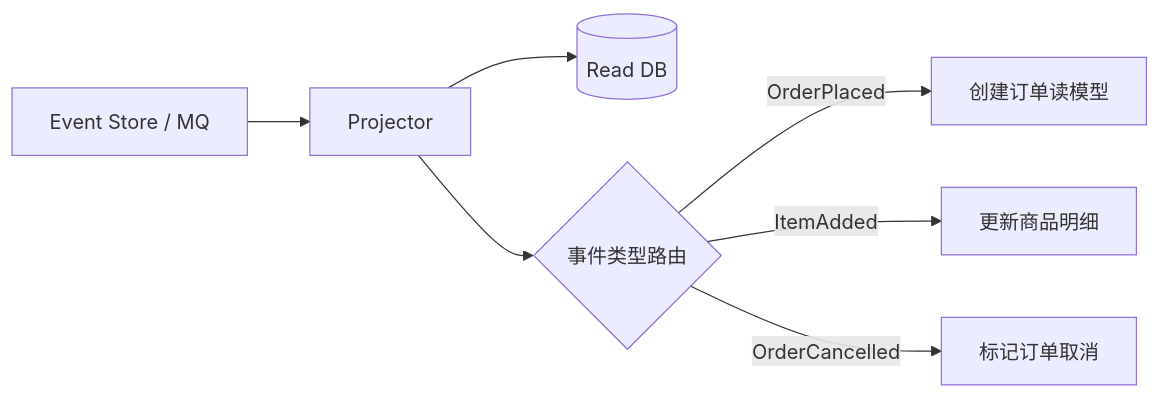
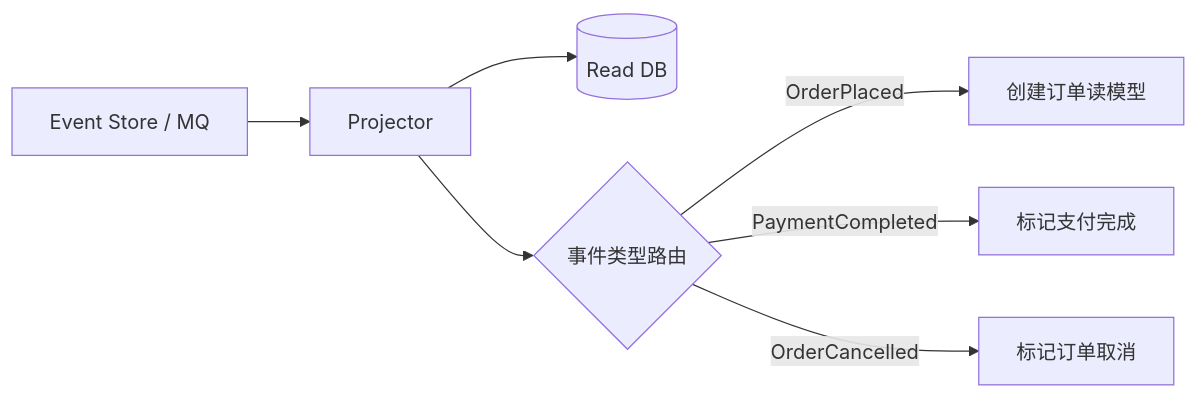
Before and after one commit to wxquare/wxquare.github.io: the seventh of 12 diagrams in source/_posts/system-design/02-clean-architecture-ddd-cqrs.md, drawn with Mermaid. The commit also changed other lines of this file and 4 other files, not shown here.

````diff
--- a/source/_posts/system-design/02-clean-architecture-ddd-cqrs.md
+++ b/source/_posts/system-design/02-clean-architecture-ddd-cqrs.md
@@ -1250,10 +1241,10 @@
 ```mermaid
 flowchart LR
     A[Event Store / MQ] --> B[Projector]
     B --> C[(Read DB)]
     
     B --> D{事件类型路由}
     D -->|OrderPlaced| E[创建订单读模型]
-    D -->|ItemAdded| F[更新商品明细]
+    D -->|PaymentCompleted| F[标记支付完成]
     D -->|OrderCancelled| G[标记订单取消]
 ```
````
